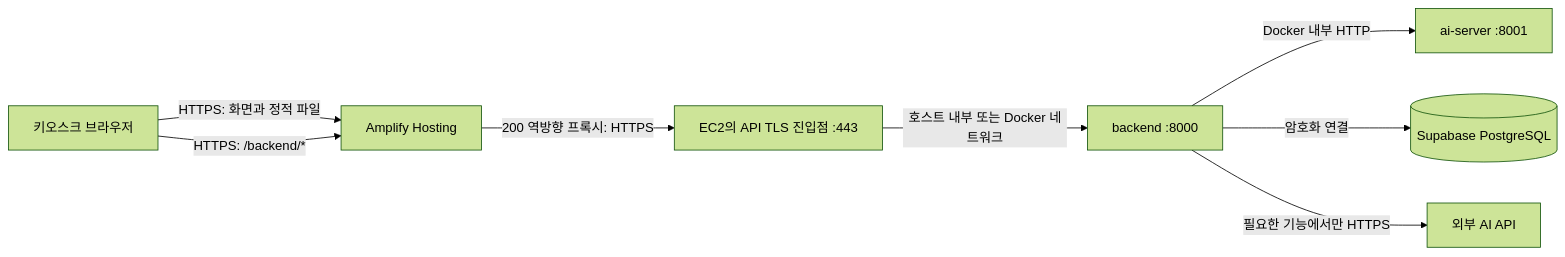
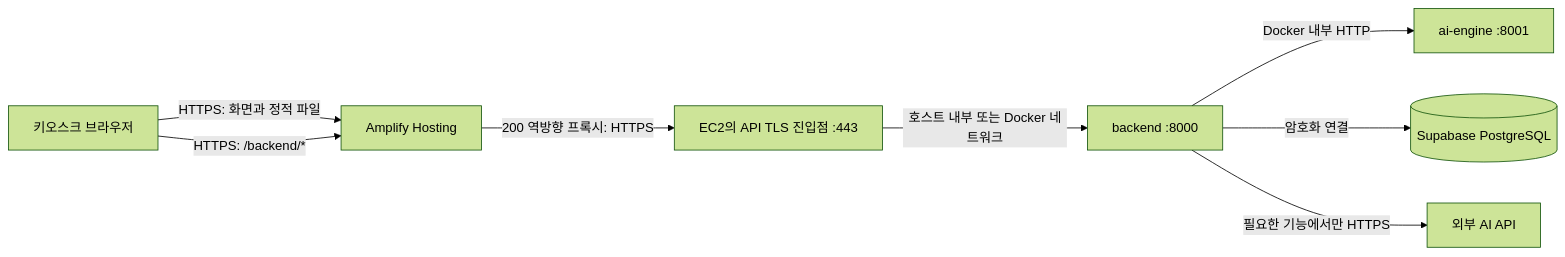
One commit to knu-capstone-design-06/Capstone-design-project changed the diagram in infra/deployment-architecture.md. Above: the diagram before and after it, drawn with Mermaid (forest theme). The commit also changed other lines of this file and 62 other files, not shown here.

````diff
--- a/infra/deployment-architecture.md
+++ b/infra/deployment-architecture.md
@@ -36,10 +36,10 @@
 ```mermaid
 flowchart LR
     U[키오스크 브라우저] -->|HTTPS: 화면과 정적 파일| F[Amplify Hosting]
     U -->|HTTPS: /backend/*| F
     F -->|200 역방향 프록시: HTTPS| P[EC2의 API TLS 진입점 :443]
     P -->|호스트 내부 또는 Docker 네트워크| B[backend :8000]
-    B -->|Docker 내부 HTTP| A[ai-server :8001]
+    B -->|Docker 내부 HTTP| A[ai-engine :8001]
     B -->|암호화 연결| D[(Supabase PostgreSQL)]
     B -->|필요한 기능에서만 HTTPS| X[외부 AI API]
 ```
````
